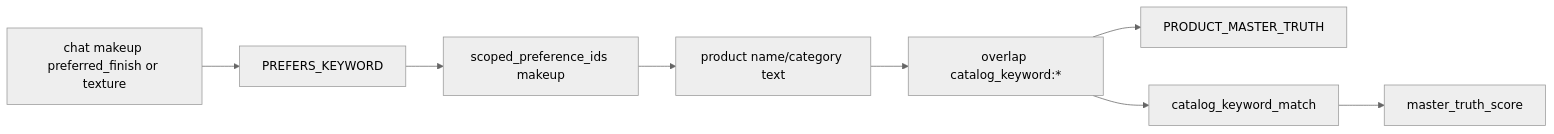
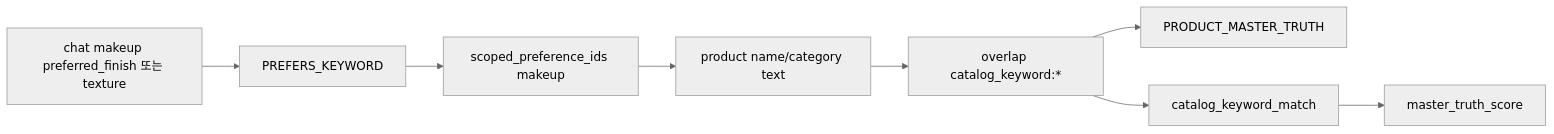
One commit to moreHS/GraphRapping changed the fifth of 10 diagrams in docs/architecture/recommendation_signal_flow_2026_06_23.md. Above: the diagram before and after it, drawn with Mermaid (neutral theme). The commit also changed other lines of this file, not shown here.

Commit message:
docs: localize recommendation signal flow

````diff
--- a/docs/architecture/recommendation_signal_flow_2026_06_23.md
+++ b/docs/architecture/recommendation_signal_flow_2026_06_23.md
@@ -210,10 +212,10 @@
 ```mermaid
 flowchart LR
-    A["chat makeup preferred_finish or texture"] --> B["PREFERS_KEYWORD"]
+    A["chat makeup preferred_finish 또는 texture"] --> B["PREFERS_KEYWORD"]
     B --> C["scoped_preference_ids makeup"]
     C --> D["product name/category text"]
     D --> E["overlap catalog_keyword:*"]
     E --> F["PRODUCT_MASTER_TRUTH"]
     E --> G["catalog_keyword_match"]
     G --> H["master_truth_score"]
 ```
````
